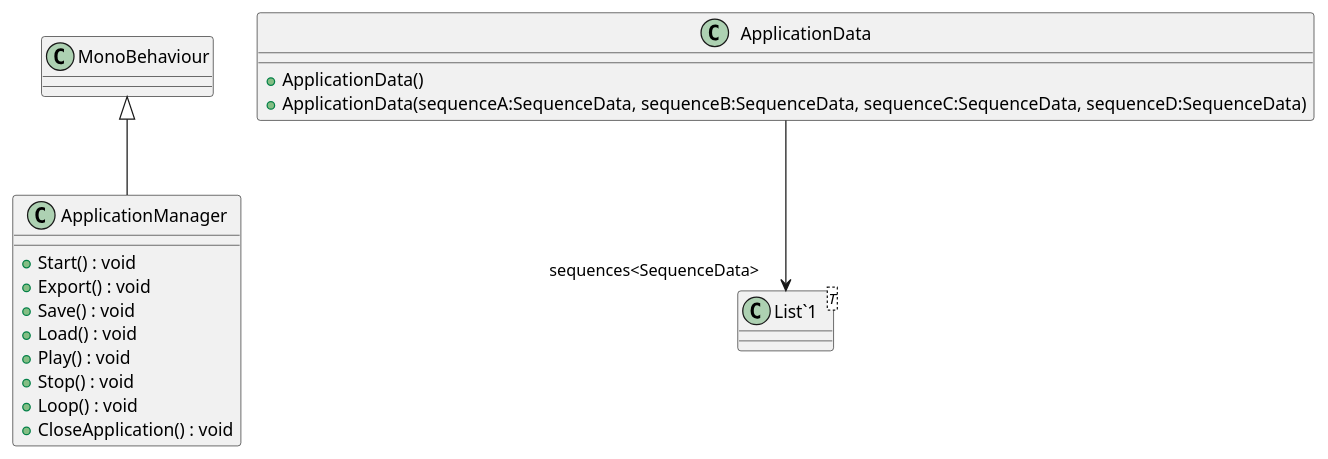
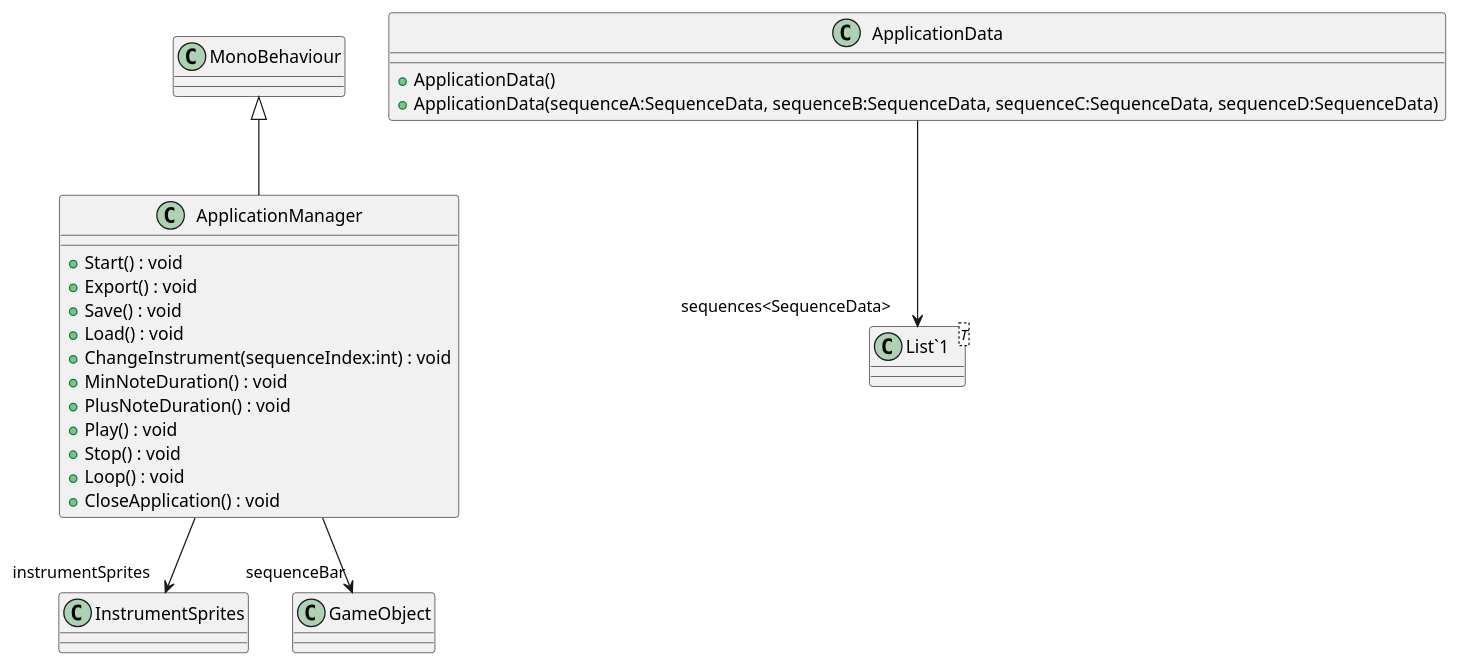
Before and after one commit to Emanuelsoniax/AudioSequencer: the diagram in UML/ApplicationManager.puml, drawn with PlantUML. The commit also changed 11 other files, not shown here.

Commit message:
Generate UML (Generate UML)

```diff
--- a/UML/ApplicationManager.puml
+++ b/UML/ApplicationManager.puml
@@ -1,20 +1,25 @@
 @startuml
 class ApplicationManager {
     + Start() : void
     + Export() : void
     + Save() : void
     + Load() : void
+    + ChangeInstrument(sequenceIndex:int) : void
+    + MinNoteDuration() : void
+    + PlusNoteDuration() : void
     + Play() : void
     + Stop() : void
     + Loop() : void
     + CloseApplication() : void
 }
 class ApplicationData {
     + ApplicationData()
     + ApplicationData(sequenceA:SequenceData, sequenceB:SequenceData, sequenceC:SequenceData, sequenceD:SequenceData)
 }
 class "List`1"<T> {
 }
 MonoBehaviour <|-- ApplicationManager
+ApplicationManager --> "instrumentSprites" InstrumentSprites
+ApplicationManager --> "sequenceBar" GameObject
 ApplicationData --> "sequences<SequenceData>" "List`1"
 @enduml
```
